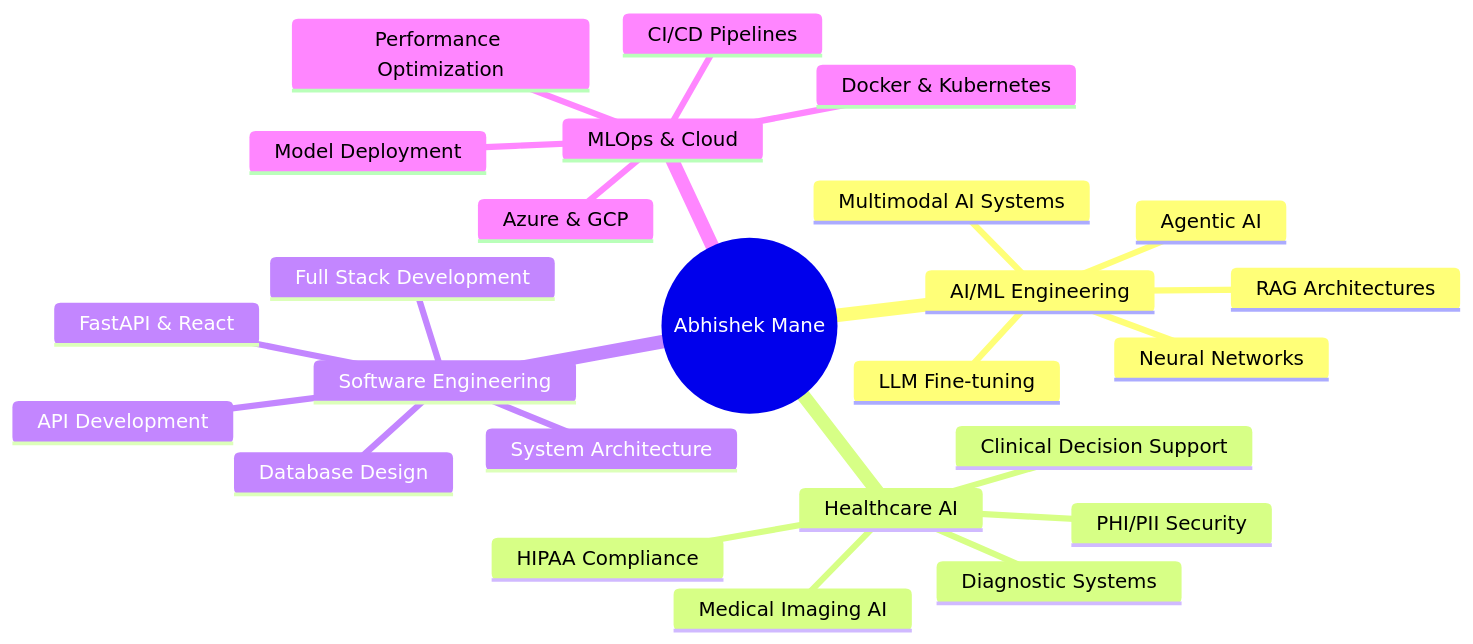
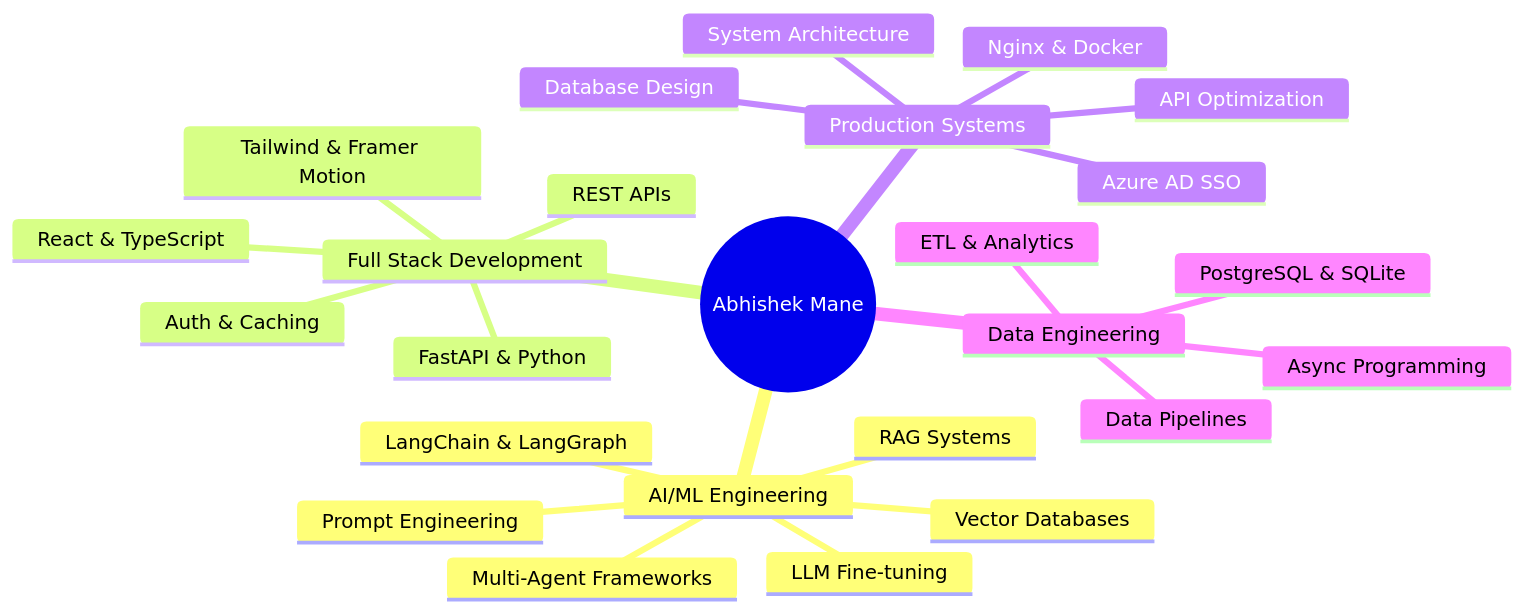
One commit to abhishekmane6122/abhishekmane6122 changed the first of 3 diagrams in README.md. Above: the diagram before and after it, drawn with Mermaid. The commit also changed other lines of this file, not shown here.

````diff
--- a/README.md
+++ b/README.md
@@ -26,28 +26,28 @@
 ```mermaid
 mindmap
   root((Abhishek Mane))
     AI/ML Engineering
-      Multimodal AI Systems
+      RAG Systems
+      Multi-Agent Frameworks
       LLM Fine-tuning
-      RAG Architectures
-      Agentic AI
-      Neural Networks
-    Healthcare AI
-      Clinical Decision Support
-      Medical Imaging AI
-      HIPAA Compliance
-      PHI/PII Security
-      Diagnostic Systems
-    Software Engineering
-      Full Stack Development
-      FastAPI & React
+      LangChain & LangGraph
+      Vector Databases
+      Prompt Engineering
+    Full Stack Development
+      React & TypeScript
+      FastAPI & Python
+      Tailwind & Framer Motion
+      REST APIs
+      Auth & Caching
+    Production Systems
+      Nginx & Docker
+      Azure AD SSO
+      API Optimization
       System Architecture
       Database Design
-      API Development
-    MLOps & Cloud
-      Docker & Kubernetes
-      CI/CD Pipelines
-      Azure & GCP
-      Model Deployment
-      Performance Optimization
+    Data Engineering
+      Data Pipelines
+      PostgreSQL & SQLite
+      Async Programming
+      ETL & Analytics
 ```
````
